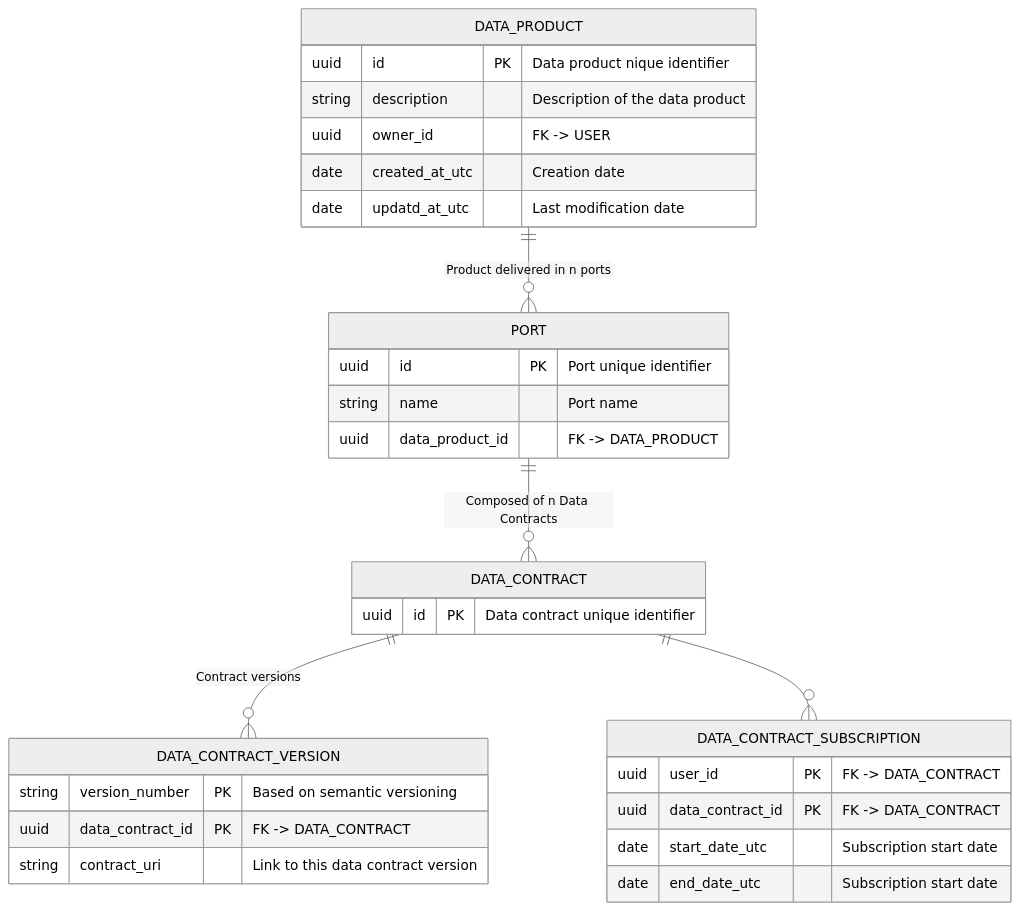
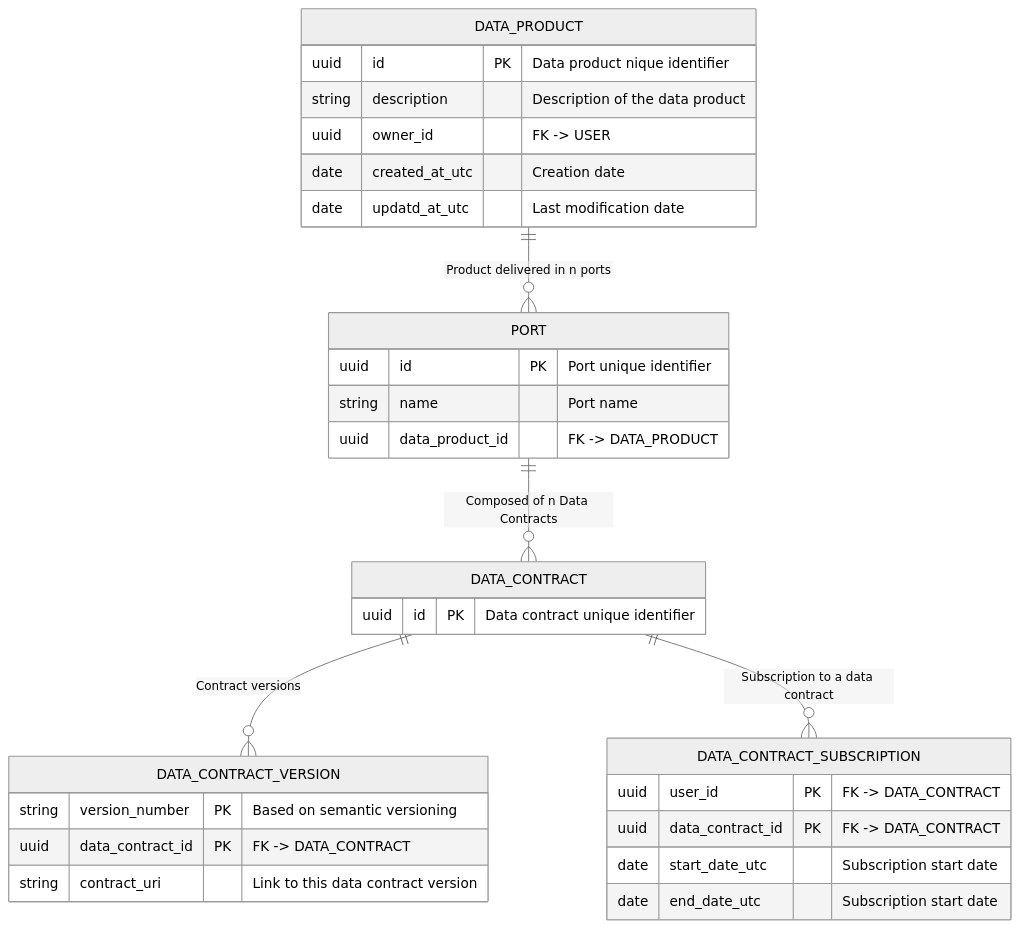
Before and after one commit to monmaya/base-impl: the diagram in docs/relational_model.md, drawn with Mermaid (neutral theme).

````diff
--- a/docs/relational_model.md
+++ b/docs/relational_model.md
@@ -5,43 +5,43 @@
 ```mermaid
 
 erDiagram
 
     DATA_PRODUCT {
         uuid id PK "Data product nique identifier"
         string description "Description of the data product"
         uuid owner_id "FK -> USER"
         date created_at_utc "Creation date"
         date updatd_at_utc "Last modification date"
     }
 
     PORT {
         uuid id PK "Port unique identifier"
         string name "Port name"
         uuid data_product_id "FK -> DATA_PRODUCT"
     }
 
     DATA_CONTRACT {
         uuid id PK "Data contract unique identifier"
     }
 
     DATA_CONTRACT_VERSION {
         string version_number PK "Based on semantic versioning"
         uuid data_contract_id PK "FK -> DATA_CONTRACT"
         string contract_uri "Link to this data contract version"
     }
 
     
     DATA_CONTRACT_SUBSCRIPTION {
         uuid user_id PK "FK -> DATA_CONTRACT"
         uuid data_contract_id PK "FK -> DATA_CONTRACT"
         date start_date_utc "Subscription start date"
         date end_date_utc "Subscription start date"
     }
 
     DATA_PRODUCT ||--o{ PORT : "Product delivered in n ports"
     PORT ||--o{ DATA_CONTRACT : "Composed of n Data Contracts"
     DATA_CONTRACT ||--o{ DATA_CONTRACT_VERSION : "Contract versions"
-    DATA_CONTRACT ||--o{ DATA_CONTRACT_SUBSCRIPTION : ""
+    DATA_CONTRACT ||--o{ DATA_CONTRACT_SUBSCRIPTION : "Subscription to a data contract"
 
 
   ```
````
